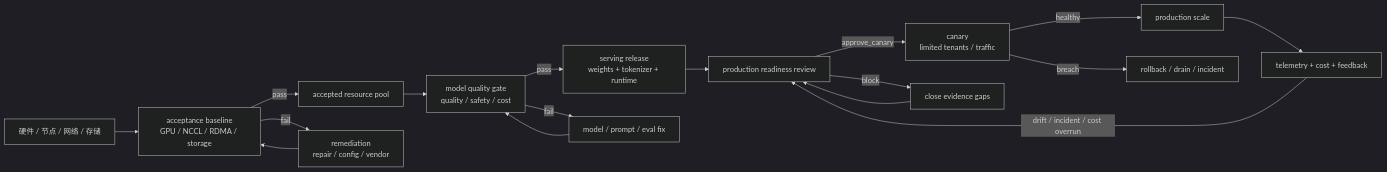
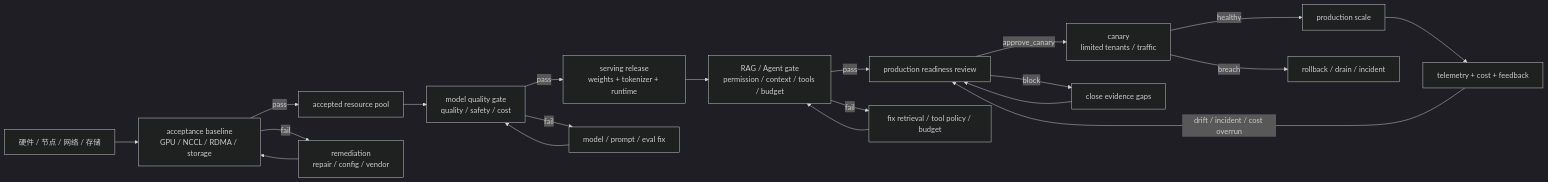
One commit to ikingye/ai-factory-engineering changed the second of 2 diagrams in docs/part-10-economics-cases/chapter-44-building-ai-factory.md. Above: the diagram before and after it, drawn with Mermaid (dark theme). The commit also changed other lines of this file and 10 other files, not shown here.

Commit message:
docs: deepen rag agent governance chain

````diff
--- a/docs/part-10-economics-cases/chapter-44-building-ai-factory.md
+++ b/docs/part-10-economics-cases/chapter-44-building-ai-factory.md
@@ -500,19 +509,22 @@
 ```mermaid
 flowchart LR
   Hardware["硬件 / 节点 / 网络 / 存储"] --> Acceptance["acceptance baseline\nGPU / NCCL / RDMA / storage"]
   Acceptance -->|pass| ResourcePool["accepted resource pool"]
   Acceptance -->|fail| Remediation["remediation\nrepair / config / vendor"]
   Remediation --> Acceptance
   ResourcePool --> ModelGate["model quality gate\nquality / safety / cost"]
   ModelGate -->|pass| ServingRelease["serving release\nweights + tokenizer + runtime"]
   ModelGate -->|fail| ModelFix["model / prompt / eval fix"]
   ModelFix --> ModelGate
-  ServingRelease --> PRR["production readiness review"]
+  ServingRelease --> RAGAgentGate["RAG / Agent gate\npermission / context / tools / budget"]
+  RAGAgentGate -->|pass| PRR["production readiness review"]
+  RAGAgentGate -->|fail| AppFix["fix retrieval / tool policy / budget"]
+  AppFix --> RAGAgentGate
   PRR -->|approve_canary| Canary["canary\nlimited tenants / traffic"]
   PRR -->|block| FixGap["close evidence gaps"]
   FixGap --> PRR
   Canary -->|healthy| Production["production scale"]
   Canary -->|breach| Rollback["rollback / drain / incident"]
   Production --> Telemetry["telemetry + cost + feedback"]
   Telemetry -->|"drift / incident / cost overrun"| PRR
 ```
````
